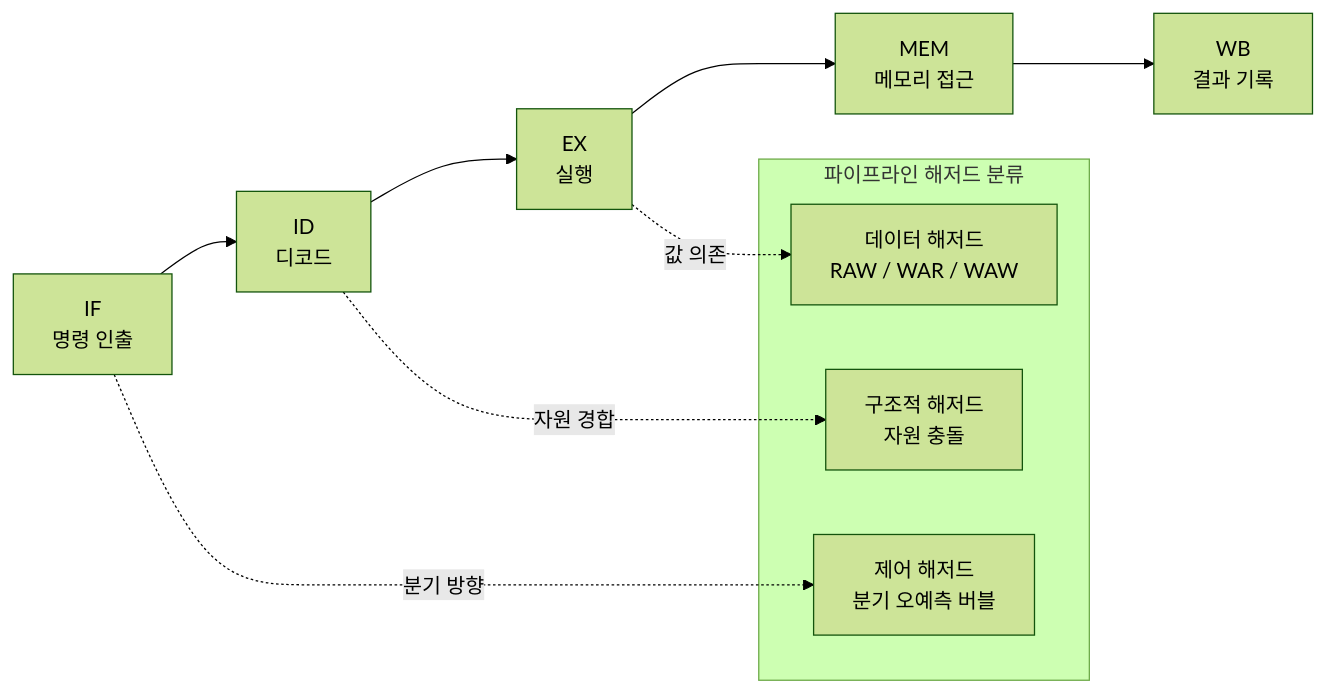
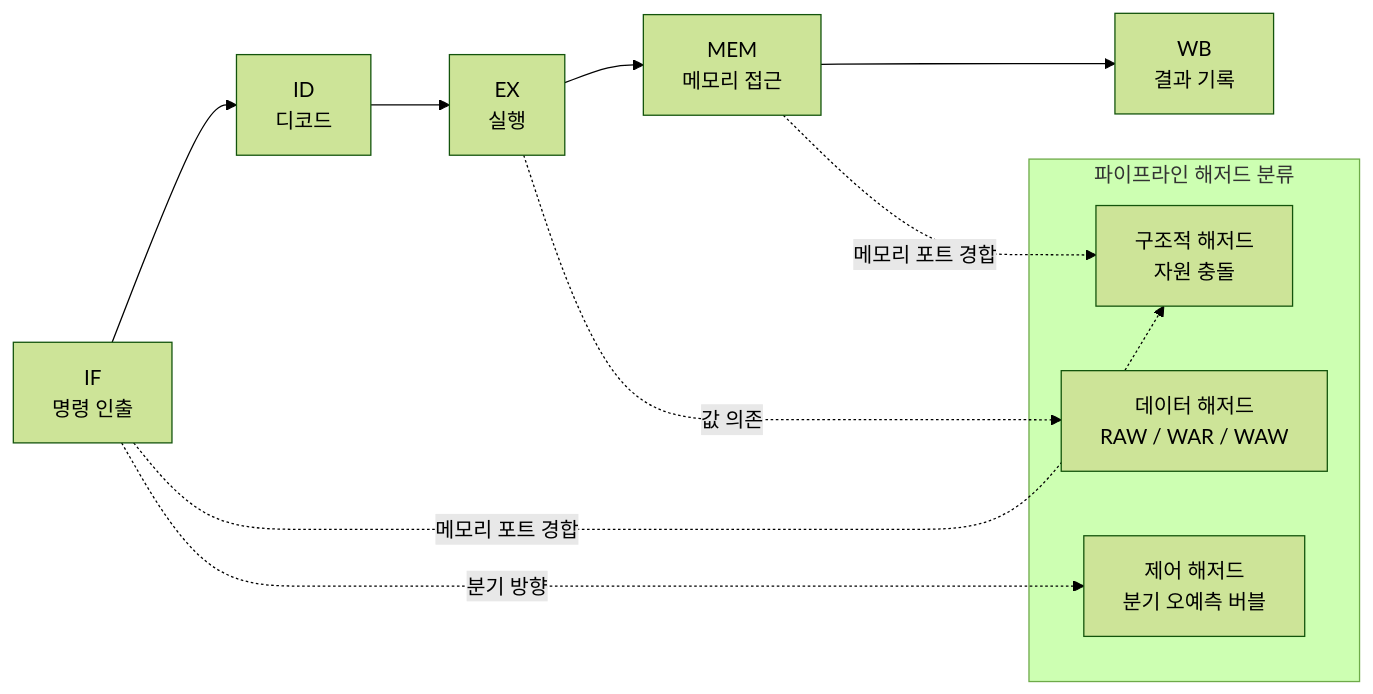
One commit to 42jerrykim/42jerrykim.github.io changed the diagram in content/collection/optimization-05-cpu-microarchitecture/01-cpu-pipeline-fundamentals/index.md. Above: the diagram before and after it, drawn with Mermaid (forest theme). The commit also changed other lines of this file and 1 other file, not shown here.

First line of the commit message:
feat: optimization-05-cpu-microarchitecture/01-cpu-pipeline-fundamentals post-quality-loop 채점 완료 (97.3점, 통과)

````diff
--- a/content/collection/optimization-05-cpu-microarchitecture/01-cpu-pipeline-fundamentals/index.md
+++ b/content/collection/optimization-05-cpu-microarchitecture/01-cpu-pipeline-fundamentals/index.md
@@ -138,12 +148,13 @@
 ```mermaid
 flowchart LR
   ifStage["IF</br>명령 인출"] --> idStage["ID</br>디코드"] --> exStage["EX</br>실행"] --> memStage["MEM</br>메모리 접근"] --> wbStage["WB</br>결과 기록"]
   subgraph hazardTypes["파이프라인 해저드 분류"]
     structuralHazard["구조적 해저드</br>자원 충돌"]
     dataHazard["데이터 해저드</br>RAW / WAR / WAW"]
     controlHazard["제어 해저드</br>분기 오예측 버블"]
   end
-  idStage -.자원 경합.-> structuralHazard
+  ifStage -.메모리 포트 경합.-> structuralHazard
+  memStage -.메모리 포트 경합.-> structuralHazard
   exStage -.값 의존.-> dataHazard
   ifStage -.분기 방향.-> controlHazard
 ```
````
